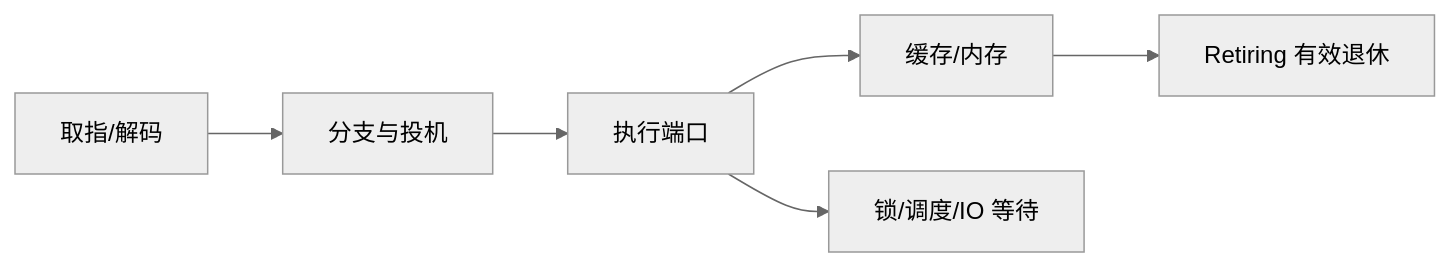
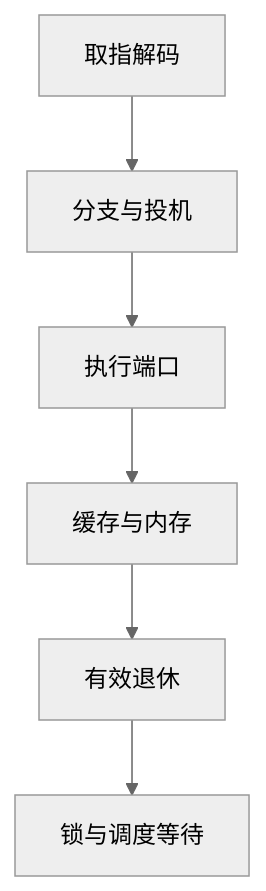
Before and after one commit to hub138/technical-knowledge: the first of 3 diagrams in vault/工程知识/性能工程：从用户等待到资源瓶颈/处理器与内存/CPU性能来自有效执行与数据供给.md, drawn with Mermaid (neutral theme). The commit also changed other lines of this file and 622 other files, not shown here.

```diff
--- a/vault/工程知识/性能工程：从用户等待到资源瓶颈/处理器与内存/CPU性能来自有效执行与数据供给.md
+++ b/vault/工程知识/性能工程：从用户等待到资源瓶颈/处理器与内存/CPU性能来自有效执行与数据供给.md
@@ -32,8 +32,8 @@
 ~~~mermaid
-flowchart LR
-    F[取指/解码] --> S[分支与投机]
+flowchart TD
+    F[取指解码] --> S[分支与投机]
     S --> E[执行端口]
-    E --> M[缓存/内存]
-    M --> R[Retiring 有效退休]
-    E --> L[锁/调度/IO 等待]
+    E --> M[缓存与内存]
+    M --> R[有效退休]
+    R --> L[锁与调度等待]
 ~~~
```
